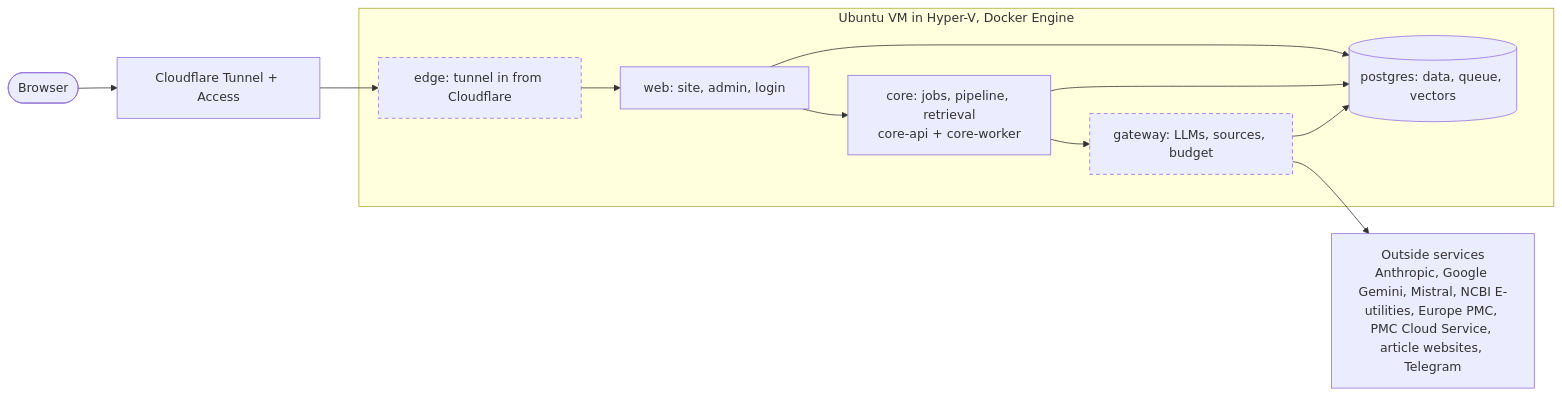
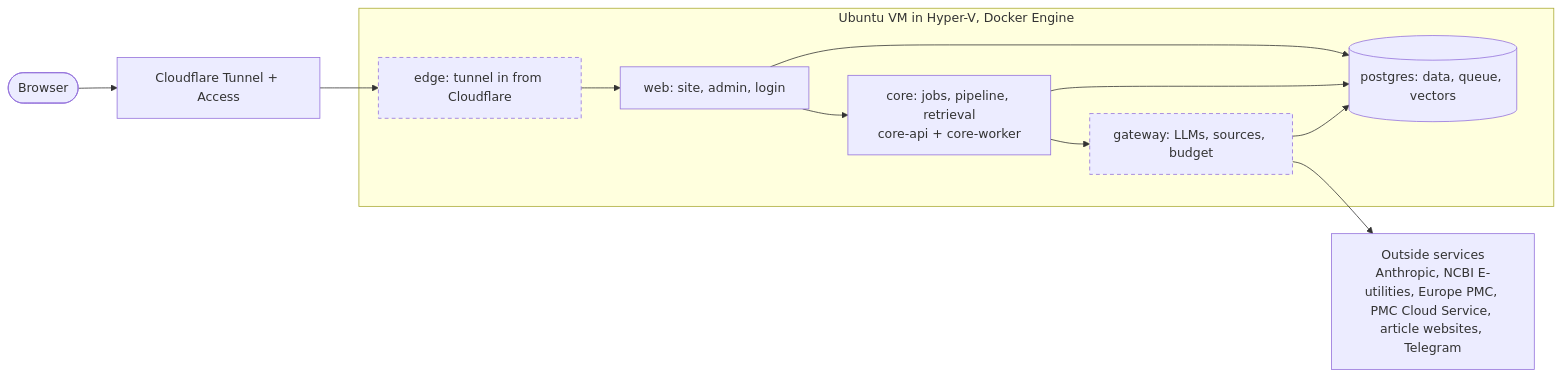
Before and after one commit to cg-rt/suppclaimcheck: the diagram in README.md, drawn with Mermaid. The commit also changed 5 other files, not shown here.

````diff
--- a/README.md
+++ b/README.md
@@ -22,21 +22,21 @@
 ```mermaid
 flowchart LR
   client(["Browser"]) --> entry["Cloudflare Tunnel + Access"]
   subgraph host ["Ubuntu VM in Hyper-V, Docker Engine"]
     m_edge["edge: tunnel in from Cloudflare"]
     m_web["web: site, admin, login"]
     m_core["core: jobs, pipeline, retrieval<br/>core-api + core-worker"]
     m_gateway["gateway: LLMs, sources, budget"]
     m_postgres[("postgres: data, queue, vectors")]
   end
   entry --> m_edge
   m_edge --> m_web
   m_web --> m_core
   m_web --> m_postgres
   m_core --> m_postgres
   m_core --> m_gateway
   m_gateway --> m_postgres
-  m_gateway --> x_gateway["Outside services<br/>Anthropic, Google Gemini, Mistral, NCBI E-utilities, Europe PMC, PMC Cloud Service, article websites, Telegram"]
+  m_gateway --> x_gateway["Outside services<br/>Anthropic, NCBI E-utilities, Europe PMC, PMC Cloud Service, article websites, Telegram"]
   classDef egress stroke-dasharray: 5 4
   class m_edge,m_gateway egress
 ```
````
